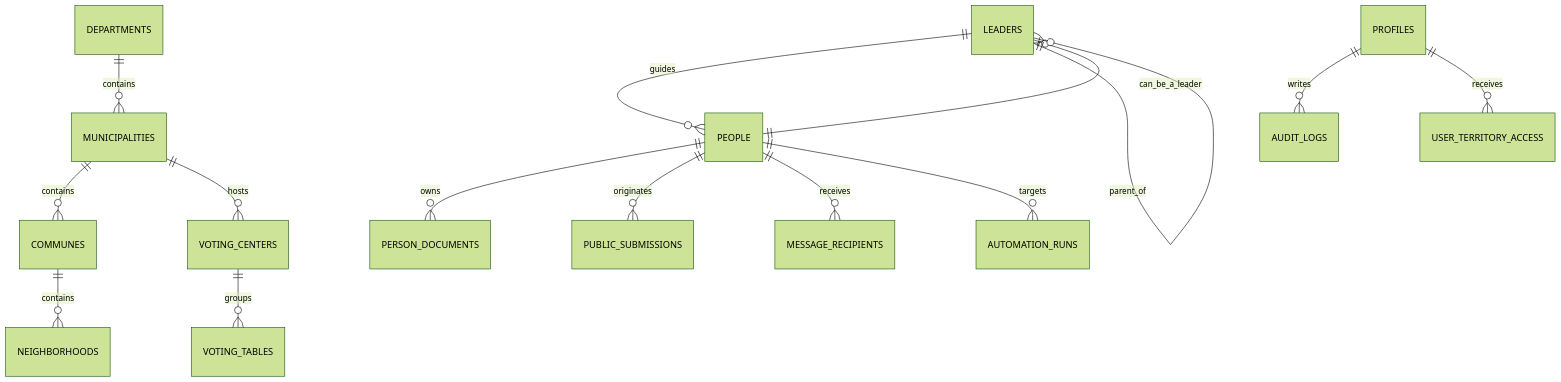
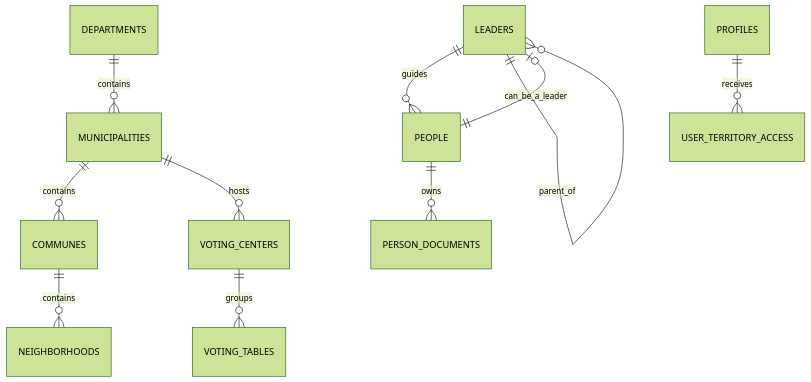
Before and after one commit to MarySuarezJ/DrJahir: the diagram in docs/02-database.md, drawn with Mermaid (forest theme). The commit also changed other lines of this file and 3 other files, not shown here.

````diff
--- a/docs/02-database.md
+++ b/docs/02-database.md
@@ -114,17 +86,13 @@
 ```mermaid
 erDiagram
     DEPARTMENTS ||--o{ MUNICIPALITIES : contains
     MUNICIPALITIES ||--o{ COMMUNES : contains
     COMMUNES ||--o{ NEIGHBORHOODS : contains
     MUNICIPALITIES ||--o{ VOTING_CENTERS : hosts
     VOTING_CENTERS ||--o{ VOTING_TABLES : groups
     LEADERS ||--o{ PEOPLE : guides
     PEOPLE ||--o{ PERSON_DOCUMENTS : owns
-    PEOPLE ||--o{ PUBLIC_SUBMISSIONS : originates
-    PEOPLE ||--o{ MESSAGE_RECIPIENTS : receives
-    PEOPLE ||--o{ AUTOMATION_RUNS : targets
-    PROFILES ||--o{ AUDIT_LOGS : writes
     PROFILES ||--o{ USER_TERRITORY_ACCESS : receives
     PEOPLE ||--o| LEADERS : can_be_a_leader
     LEADERS ||--o{ LEADERS : parent_of
 ```
````
